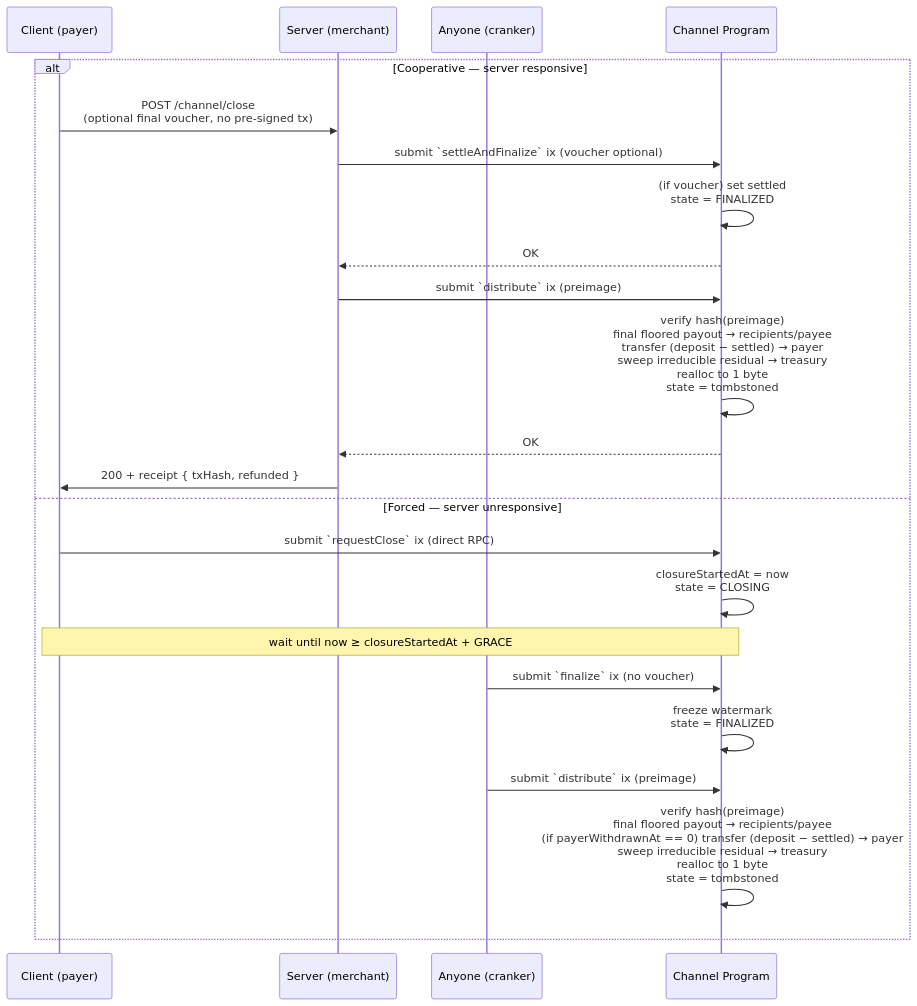
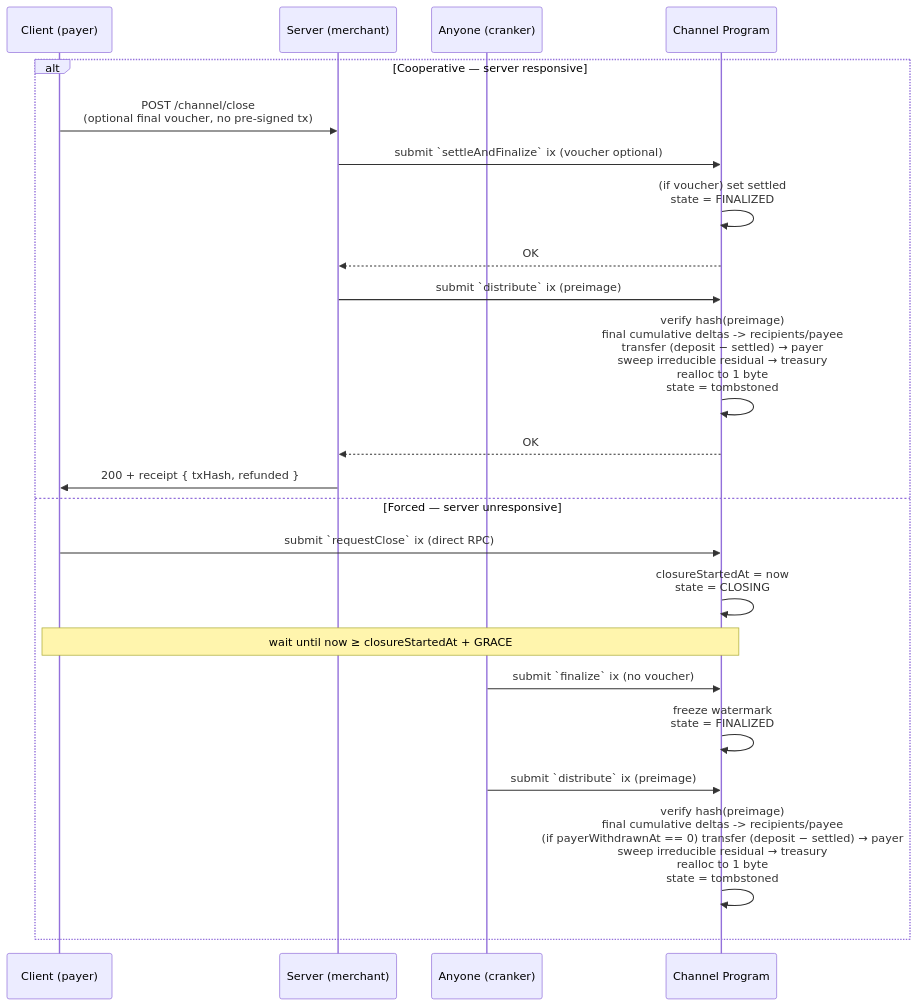
The second of 2 diagrams in docs/002-http-protocol.md (solana-foundation/payment-channels), drawn with Mermaid before and after one commit. The commit also changed other lines of this file and 21 other files, not shown here.

````diff
--- a/docs/002-http-protocol.md
+++ b/docs/002-http-protocol.md
@@ -146,30 +146,30 @@
 ```mermaid
 sequenceDiagram
     participant C as Client (payer)
     participant S as Server (merchant)
     participant A as Anyone (cranker)
     participant P as Channel Program
 
     alt Cooperative — server responsive
         C->>S: POST /channel/close<br/>(optional final voucher, no pre-signed tx)
         S->>P: submit `settleAndFinalize` ix (voucher optional)
         P->>P: (if voucher) set settled<br/>state = FINALIZED
         P-->>S: OK
 
         S->>P: submit `distribute` ix (preimage)
-        P->>P: verify hash(preimage)<br/>final floored payout → recipients/payee<br/>transfer (deposit − settled) → payer<br/>sweep irreducible residual → treasury<br/>realloc to 1 byte<br/>state = tombstoned
+        P->>P: verify hash(preimage)<br/>final cumulative deltas -> recipients/payee<br/>transfer (deposit − settled) → payer<br/>sweep irreducible residual → treasury<br/>realloc to 1 byte<br/>state = tombstoned
         P-->>S: OK
         S->>C: 200 + receipt { txHash, refunded }
     else Forced — server unresponsive
         C->>P: submit `requestClose` ix (direct RPC)
         P->>P: closureStartedAt = now<br/>state = CLOSING
 
         Note over C,P: wait until now ≥ closureStartedAt + GRACE
 
         A->>P: submit `finalize` ix (no voucher)
         P->>P: freeze watermark<br/>state = FINALIZED
 
         A->>P: submit `distribute` ix (preimage)
-        P->>P: verify hash(preimage)<br/>final floored payout → recipients/payee<br/>(if payerWithdrawnAt == 0) transfer (deposit − settled) → payer<br/>sweep irreducible residual → treasury<br/>realloc to 1 byte<br/>state = tombstoned
+        P->>P: verify hash(preimage)<br/>final cumulative deltas -> recipients/payee<br/>(if payerWithdrawnAt == 0) transfer (deposit − settled) → payer<br/>sweep irreducible residual → treasury<br/>realloc to 1 byte<br/>state = tombstoned
     end
 ```
````
